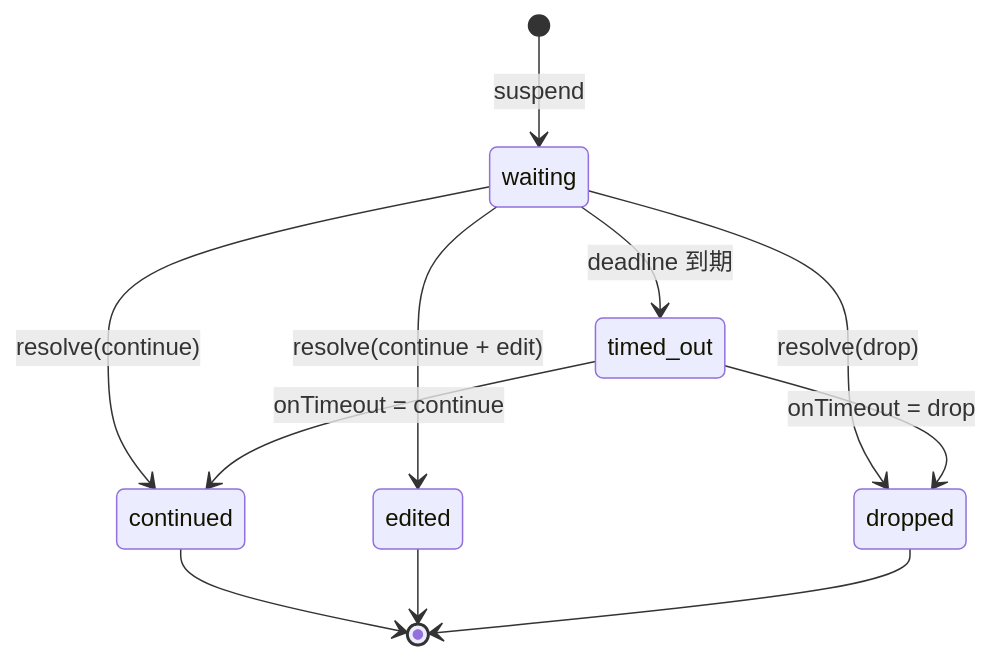
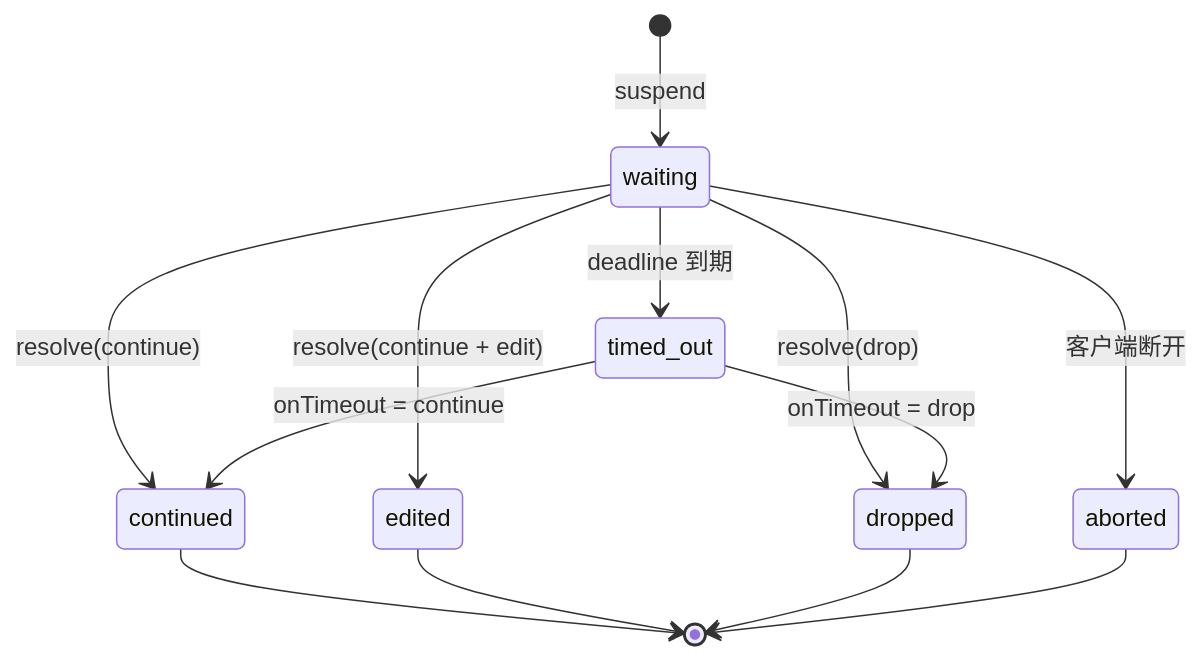
One commit to zhxmt-xm/Interceptor changed the first of 3 diagrams in architecture/features/breakpoints.md. Above: the diagram before and after it, drawn with Mermaid. The commit also changed other lines of this file and 264 other files, not shown here.

````diff
--- a/architecture/features/breakpoints.md
+++ b/architecture/features/breakpoints.md
@@ -36,13 +36,15 @@
 ```mermaid
 stateDiagram-v2
     [*] --> waiting: suspend
     waiting --> continued: resolve(continue)
     waiting --> edited: resolve(continue + edit)
     waiting --> dropped: resolve(drop)
     waiting --> timed_out: deadline 到期
+    waiting --> aborted: 客户端断开
     timed_out --> continued: onTimeout = continue
     timed_out --> dropped: onTimeout = drop
     continued --> [*]
     edited --> [*]
     dropped --> [*]
+    aborted --> [*]
 ```
````
